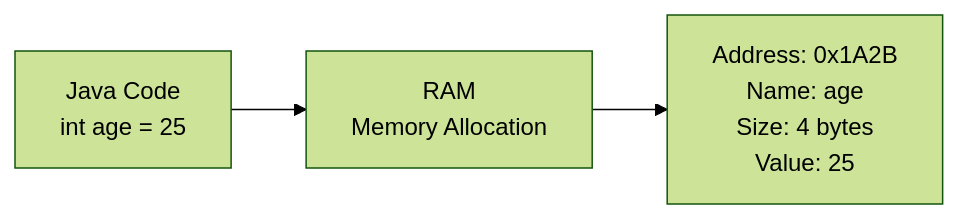
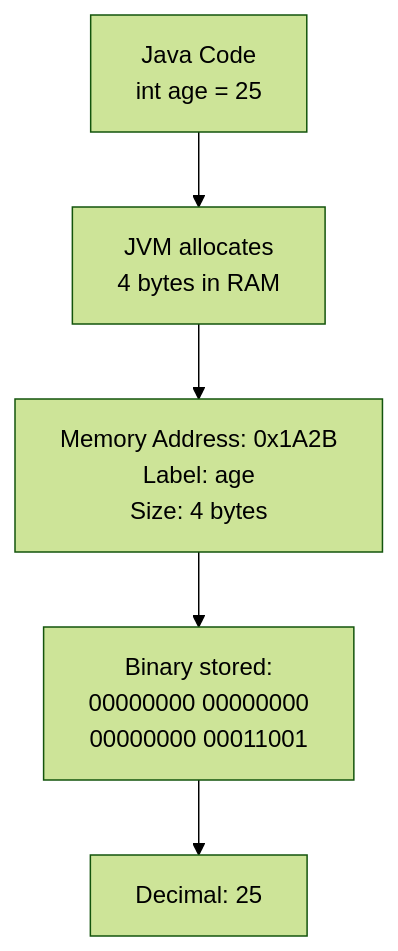
One commit to Kshitijgul/Notes changed the first of 5 diagrams in JAVA/04-Variables_Data_Types_&_Type_Conversion.md. Above: the diagram before and after it, drawn with Mermaid (forest theme). The commit also changed other lines of this file and 9 other files, not shown here.

````diff
--- a/JAVA/04-Variables_Data_Types_&_Type_Conversion.md
+++ b/JAVA/04-Variables_Data_Types_&_Type_Conversion.md
@@ -80,5 +108,7 @@
 ```mermaid
-flowchart LR
-    A["Java Code\nint age = 25"] --> B["RAM\nMemory Allocation"]
-    B --> C["Address: 0x1A2B\nName: age\nSize: 4 bytes\nValue: 25"]
+flowchart TD
+    A["Java Code\nint age = 25"] --> B["JVM allocates\n4 bytes in RAM"]
+    B --> C["Memory Address: 0x1A2B\nLabel: age\nSize: 4 bytes"]
+    C --> D["Binary stored:\n00000000 00000000\n00000000 00011001"]
+    D --> E["Decimal: 25"]
 ```
````
